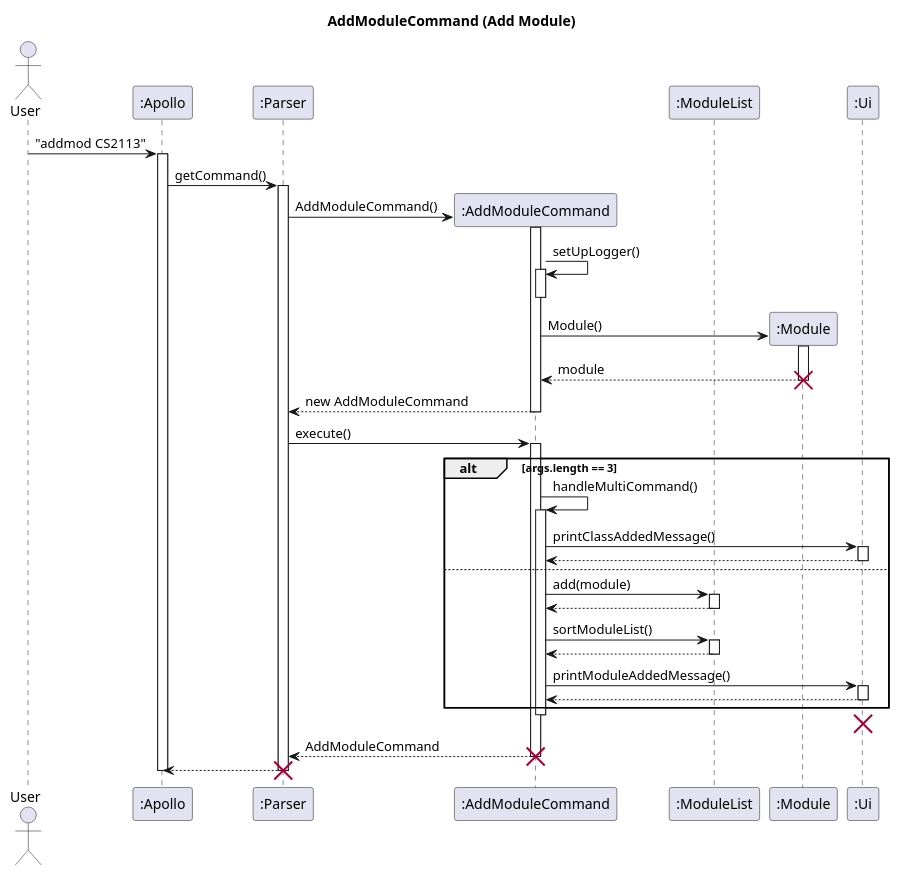
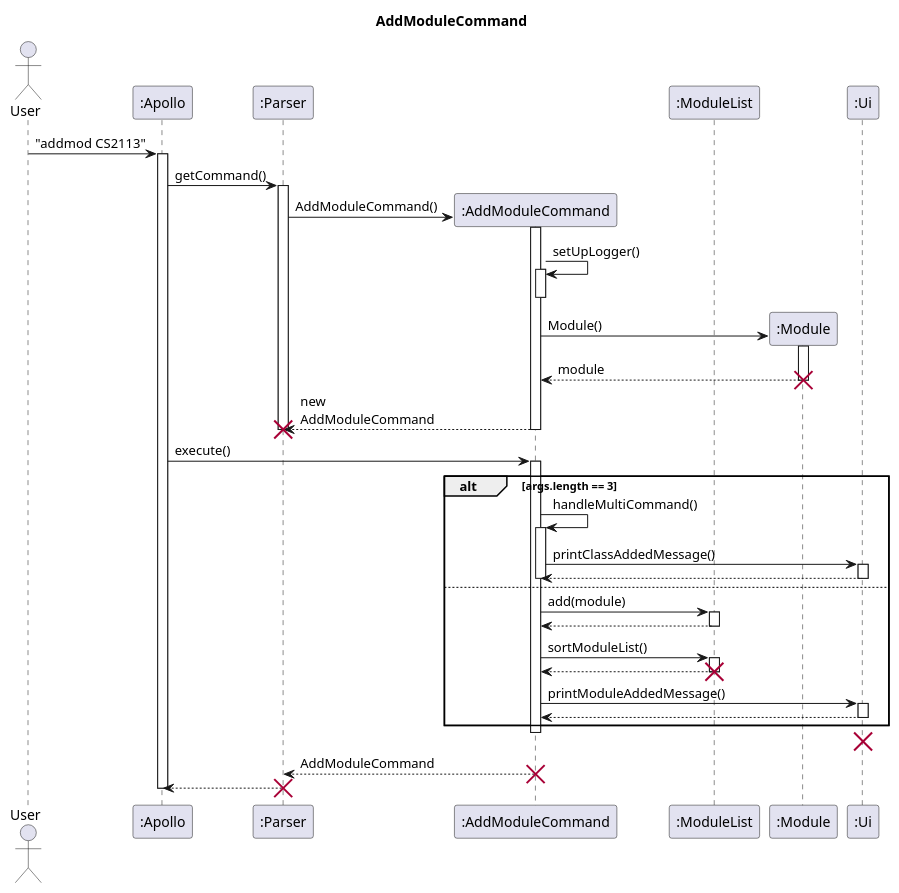
Before and after one commit to nus-cs2113-AY2223S2/tp: the diagram in docs/uml-source/sequence/AddModule.puml, drawn with PlantUML. The commit also changed 2 other files, not shown here.

Commit message:
Update UML Sequence Diagrams for AddModule and ListMod

```diff
--- a/docs/uml-source/sequence/AddModule.puml
+++ b/docs/uml-source/sequence/AddModule.puml
@@ -1,71 +1,77 @@
 @startuml
 'https://plantuml.com/sequence-diagram
 
-title AddModuleCommand (Add Module)
+skinparam maxMessageSize 150
+
+title AddModuleCommand
 
 actor User
 participant ":Apollo" as Apollo
 participant ":Parser" as Parser
 participant ":AddModuleCommand" as AddModuleCommand
 participant ":ModuleList" as ModuleList
 participant ":Module" as Module
 participant ":Ui" as Ui
 
 User -> Apollo : "addmod CS2113"
 activate Apollo
 
 Apollo -> Parser : getCommand()
 activate Parser
 
 Parser -> AddModuleCommand** : AddModuleCommand()
 activate AddModuleCommand
 AddModuleCommand -> AddModuleCommand : setUpLogger()
 activate AddModuleCommand
 deactivate AddModuleCommand
 
 AddModuleCommand -> Module** : Module()
 activate Module
 Module --> AddModuleCommand : module
 deactivate Module
 destroy Module
 
 AddModuleCommand --> Parser: new AddModuleCommand
 deactivate AddModuleCommand
+deactivate Parser
+destroy Parser
 
-Parser -> AddModuleCommand : execute()
+Apollo -> AddModuleCommand : execute()
 activate AddModuleCommand
 alt args.length == 3
     AddModuleCommand -> AddModuleCommand : handleMultiCommand()
     activate AddModuleCommand
     AddModuleCommand -> Ui : printClassAddedMessage()
     activate Ui
     Ui --> AddModuleCommand
     deactivate Ui
+    deactivate AddModuleCommand
 else
     AddModuleCommand -> ModuleList: add(module)
     activate ModuleList
     ModuleList --> AddModuleCommand
     deactivate ModuleList
 
     AddModuleCommand -> ModuleList : sortModuleList()
     activate ModuleList
     ModuleList --> AddModuleCommand
     deactivate ModuleList
+    destroy ModuleList
 
     AddModuleCommand -> Ui : printModuleAddedMessage()
     activate Ui
     Ui --> AddModuleCommand
     deactivate Ui
 
 end
 deactivate AddModuleCommand
 destroy Ui
 AddModuleCommand --> Parser : AddModuleCommand
 deactivate AddModuleCommand
 destroy AddModuleCommand
 Parser --> Apollo
 deactivate Parser
 destroy Parser
 deactivate Apollo
 
 @enduml
```
